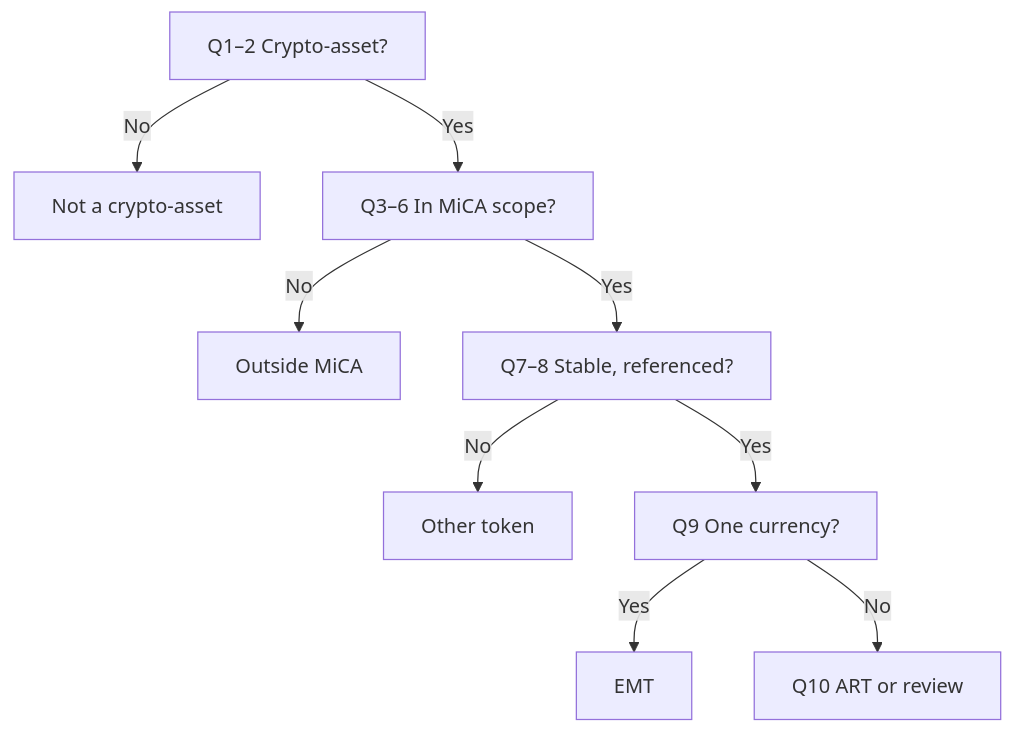
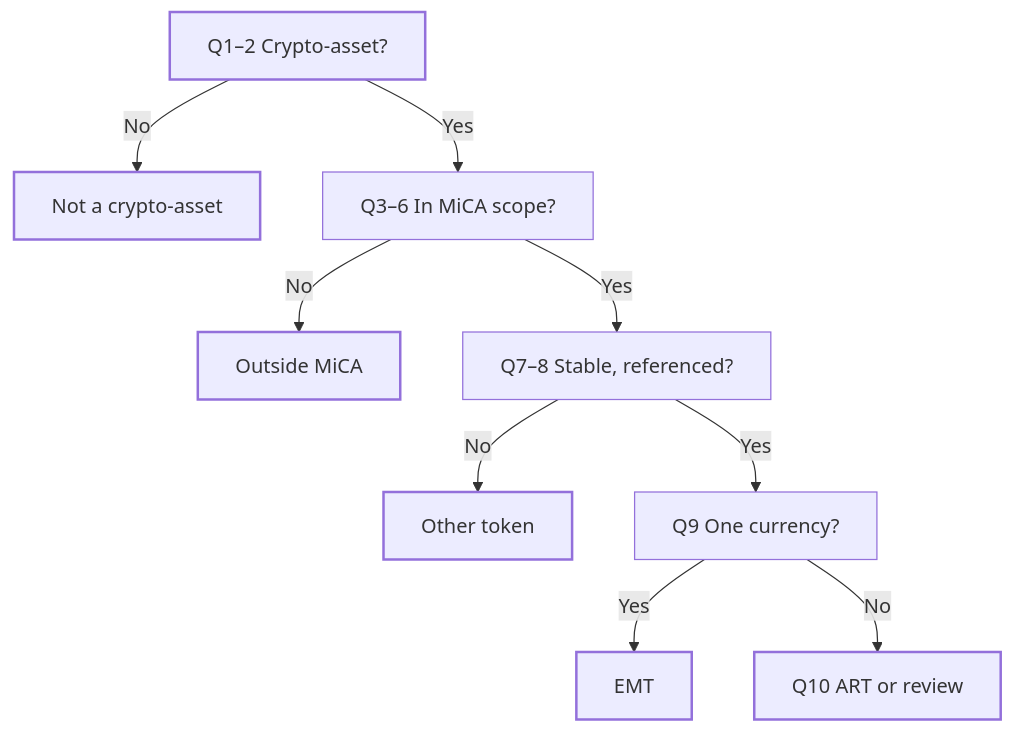
One commit to blupryntco/docs changed the diagram in passport/mica-classifier.mdx. Above: the diagram before and after it, drawn with Mermaid. The commit also changed 54 other files, not shown here.

Commit message:
Diagrams in site palette with dark mode; Developers overview for SDK + both APIs

````diff
--- a/passport/mica-classifier.mdx
+++ b/passport/mica-classifier.mdx
@@ -20,11 +20,15 @@
 ```mermaid
 flowchart TD
   A[Q1–2 Crypto-asset?] -->|No| X[Not a crypto-asset]
   A -->|Yes| B[Q3–6 In MiCA scope?]
   B -->|No| Y[Outside MiCA]
   B -->|Yes| C[Q7–8 Stable, referenced?]
   C -->|No| O[Other token]
   C -->|Yes| D[Q9 One currency?]
   D -->|Yes| M[EMT]
   D -->|No| R[Q10 ART or review]
+classDef start stroke-width:2px
+classDef done stroke-width:2px
+class A start
+class X,Y,O,M,R done
 ```
````
